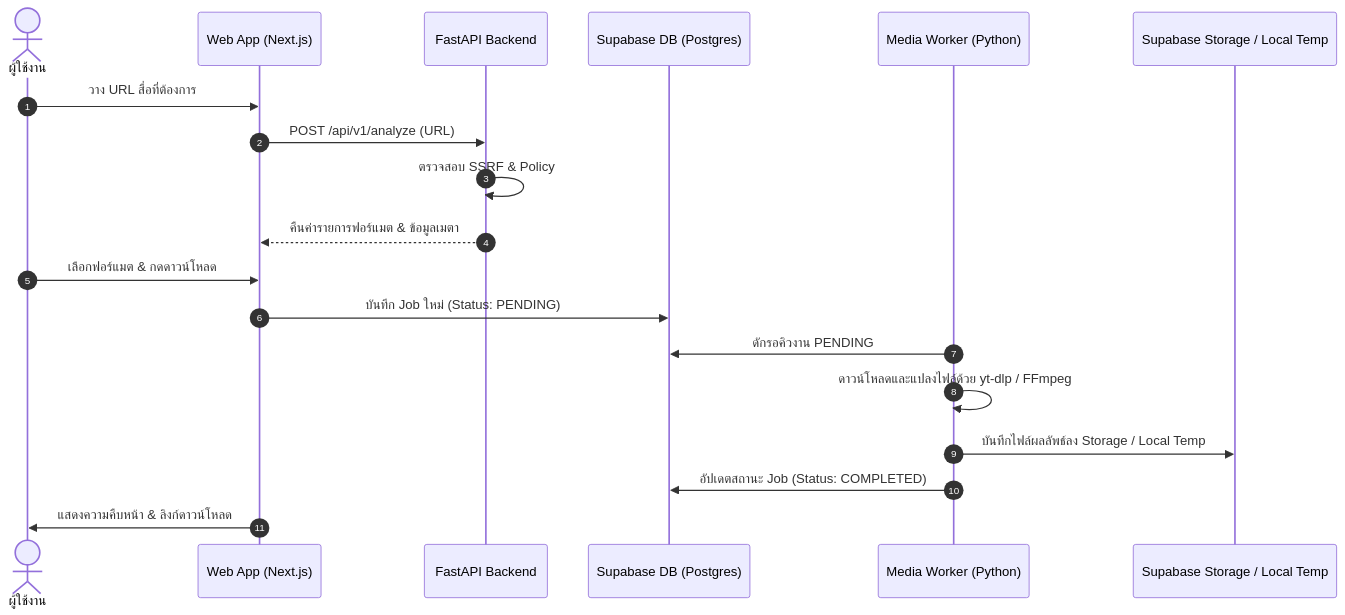
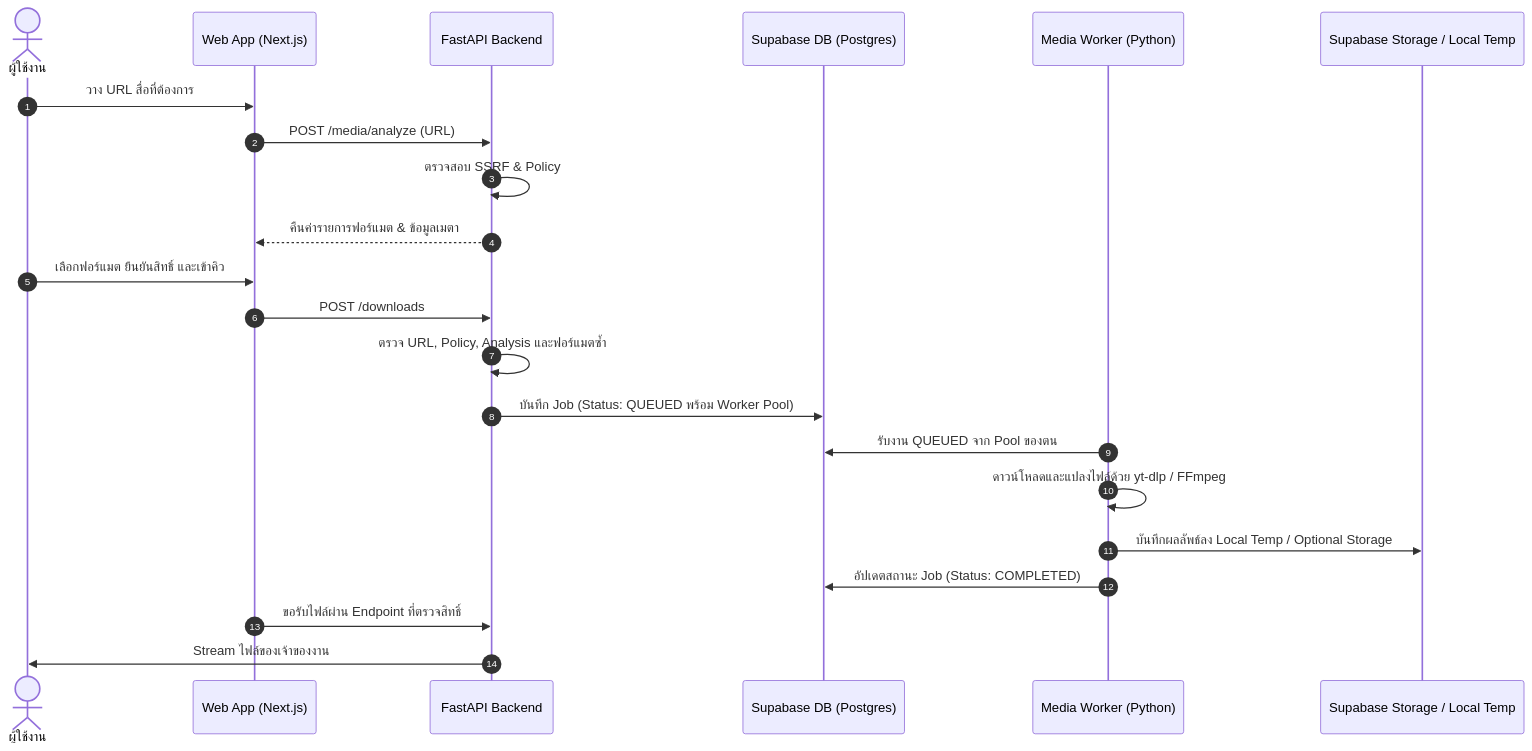
The diagram in docs/th/DEVELOPER_GUIDE.md (Wattanaroj2567/media-loader), drawn with Mermaid before and after one commit. The commit also changed other lines of this file and 37 other files, not shown here.

````diff
--- a/docs/th/DEVELOPER_GUIDE.md
+++ b/docs/th/DEVELOPER_GUIDE.md
@@ -26,22 +30,25 @@
 ```mermaid
 sequenceDiagram
     autonumber
     actor User as ผู้ใช้งาน
     participant Web as Web App (Next.js)
     participant API as FastAPI Backend
     participant DB as Supabase DB (Postgres)
     participant Worker as Media Worker (Python)
     participant Storage as Supabase Storage / Local Temp
 
     User->>Web: วาง URL สื่อที่ต้องการ
-    Web->>API: POST /api/v1/analyze (URL)
+    Web->>API: POST /media/analyze (URL)
     API->>API: ตรวจสอบ SSRF & Policy
     API-->>Web: คืนค่ารายการฟอร์แมต & ข้อมูลเมตา
-    User->>Web: เลือกฟอร์แมต & กดดาวน์โหลด
-    Web->>DB: บันทึก Job ใหม่ (Status: PENDING)
-    Worker->>DB: ดักรอคิวงาน PENDING
+    User->>Web: เลือกฟอร์แมต ยืนยันสิทธิ์ และเข้าคิว
+    Web->>API: POST /downloads
+    API->>API: ตรวจ URL, Policy, Analysis และฟอร์แมตซ้ำ
+    API->>DB: บันทึก Job (Status: QUEUED พร้อม Worker Pool)
+    Worker->>DB: รับงาน QUEUED จาก Pool ของตน
     Worker->>Worker: ดาวน์โหลดและแปลงไฟล์ด้วย yt-dlp / FFmpeg
-    Worker->>Storage: บันทึกไฟล์ผลลัพธ์ลง Storage / Local Temp
+    Worker->>Storage: บันทึกผลลัพธ์ลง Local Temp / Optional Storage
     Worker->>DB: อัปเดตสถานะ Job (Status: COMPLETED)
-    Web->>User: แสดงความคืบหน้า & ลิงก์ดาวน์โหลด
+    Web->>API: ขอรับไฟล์ผ่าน Endpoint ที่ตรวจสิทธิ์
+    API->>User: Stream ไฟล์ของเจ้าของงาน
 ```
````
